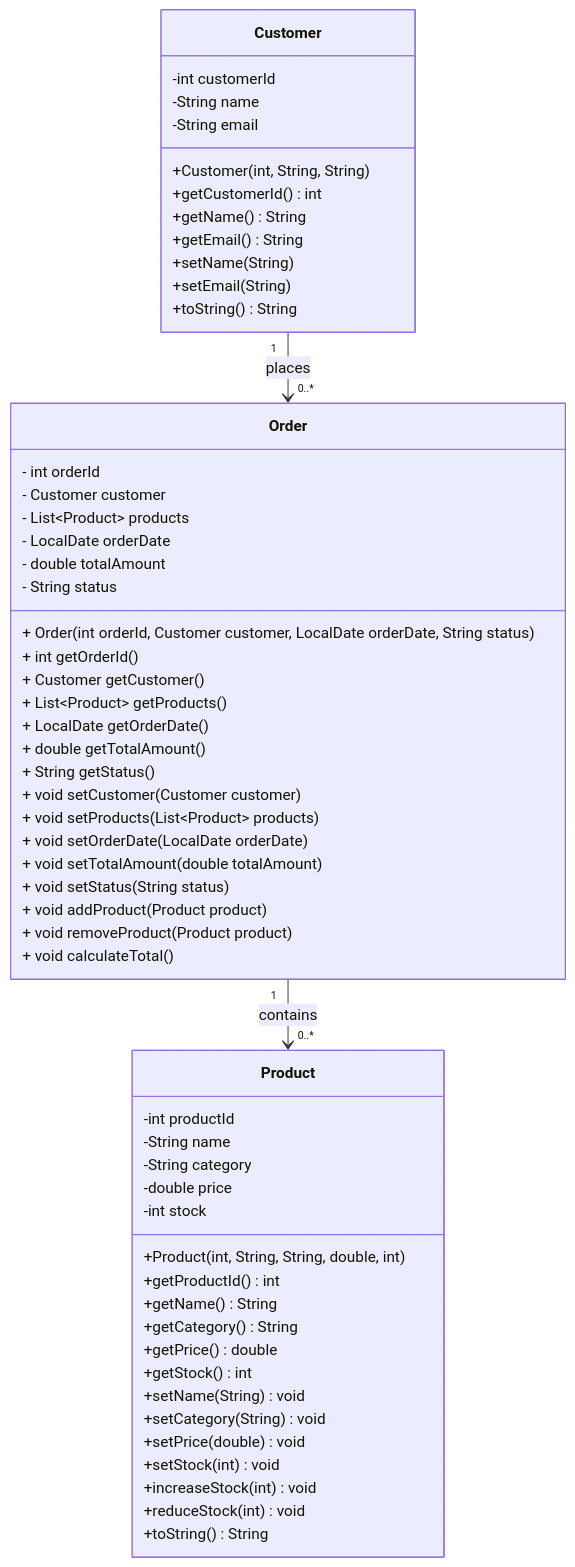
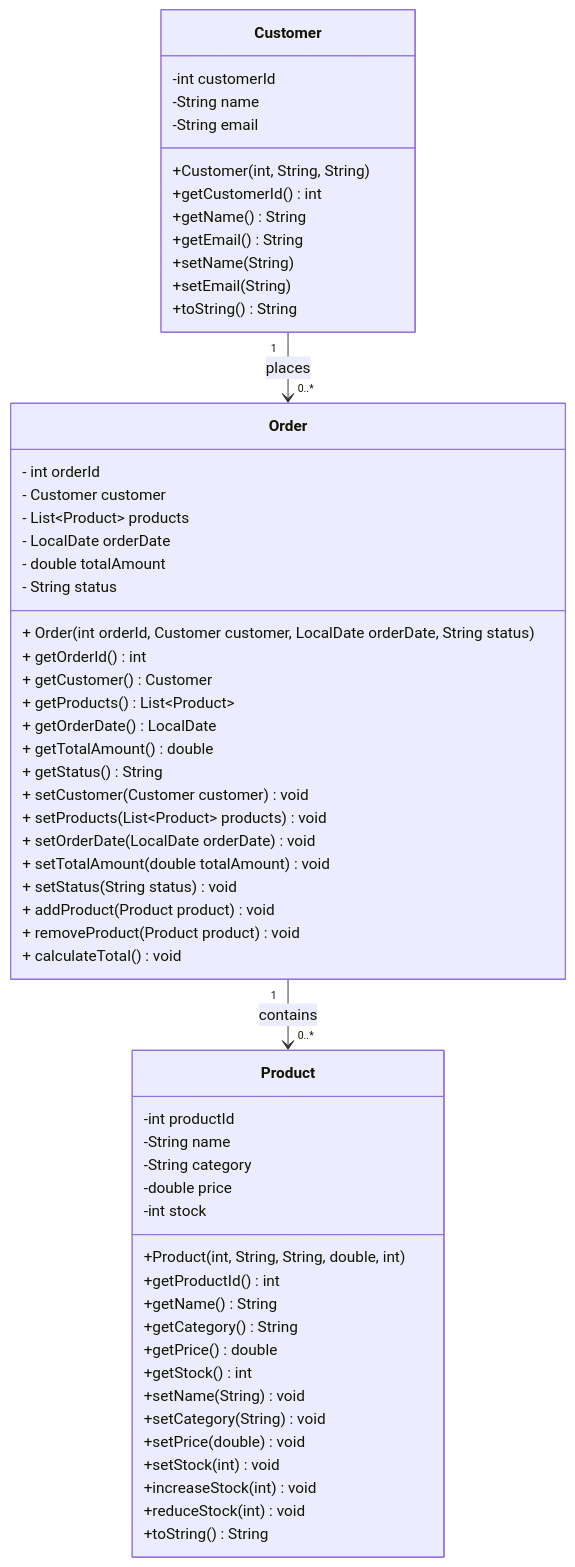
One commit to jayani-athukorala/java-oop-exercise changed the fifth of 5 diagrams in README.md. Above: the diagram before and after it, drawn with Mermaid.

Commit message:
Modify ex5 uml

````diff
--- a/README.md
+++ b/README.md
@@ -107,67 +107,67 @@
 ```mermaid
 classDiagram
     class Customer {
         -int customerId
         -String name
         -String email
         +Customer(int, String, String)
         +getCustomerId() int
         +getName() String
         +getEmail() String
         +setName(String)
         +setEmail(String)
         +toString() String
     }
 
     class Order {
       - int orderId
       - Customer customer
       - List~Product~ products
       - LocalDate orderDate
       - double totalAmount
       - String status
     
       + Order(int orderId, Customer customer, LocalDate orderDate, String status)
-      + int getOrderId()
-      + Customer getCustomer()
-      + List~Product~ getProducts()
-      + LocalDate getOrderDate()
-      + double getTotalAmount()
-      + String getStatus()
+      + getOrderId() int
+      + getCustomer() Customer
+      + getProducts() List~Product~
+      + getOrderDate() LocalDate
+      + getTotalAmount() double
+      + getStatus() String
     
-      + void setCustomer(Customer customer)
-      + void setProducts(List~Product~ products)
-      + void setOrderDate(LocalDate orderDate)
-      + void setTotalAmount(double totalAmount)
-      + void setStatus(String status)
+      + setCustomer(Customer customer) void
+      + setProducts(List~Product~ products) void
+      + setOrderDate(LocalDate orderDate) void
+      + setTotalAmount(double totalAmount) void
+      + setStatus(String status) void
           
-      + void addProduct(Product product)
-      + void removeProduct(Product product)
-      + void calculateTotal()
+      + addProduct(Product product) void
+      + removeProduct(Product product) void
+      + calculateTotal() void
     }
 
     class Product {
         -int productId
         -String name
         -String category
         -double price
         -int stock
         +Product(int, String, String, double, int)
         +getProductId() int
         +getName() String
         +getCategory() String
         +getPrice() double
         +getStock() int
         +setName(String) void
         +setCategory(String) void
         +setPrice(double) void
         +setStock(int) void
         +increaseStock(int) void
         +reduceStock(int) void
         +toString() String
     }
 
     %% Relationships
     Customer "1" --> "0..*" Order : places
     Order "1" --> "0..*" Product : contains
 ```
````
